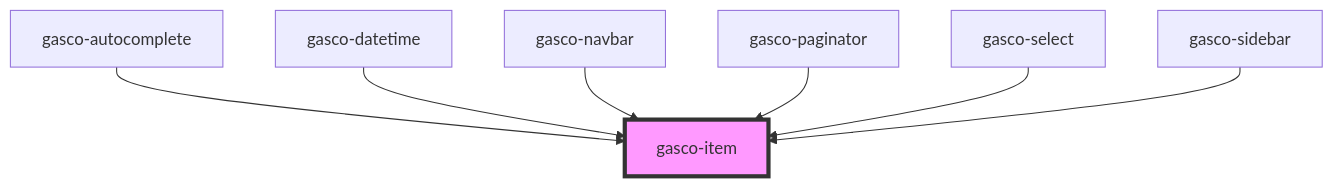
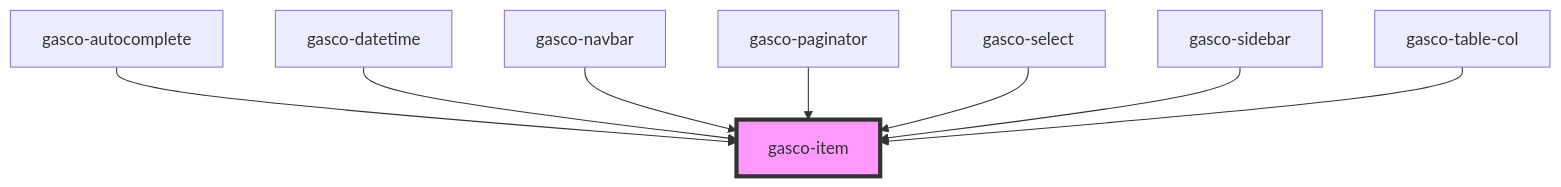
Before and after one commit to lac617a/gasco-core: the diagram in core/src/components/gasco-item/readme.md, drawn with Mermaid. The commit also changed other lines of this file and 4 other files, not shown here.

````diff
--- a/core/src/components/gasco-item/readme.md
+++ b/core/src/components/gasco-item/readme.md
@@ -104,10 +105,11 @@
 ```mermaid
 graph TD;
   gasco-autocomplete --> gasco-item
   gasco-datetime --> gasco-item
   gasco-navbar --> gasco-item
   gasco-paginator --> gasco-item
   gasco-select --> gasco-item
   gasco-sidebar --> gasco-item
+  gasco-table-col --> gasco-item
   style gasco-item fill:#f9f,stroke:#333,stroke-width:4px
 ```
````
